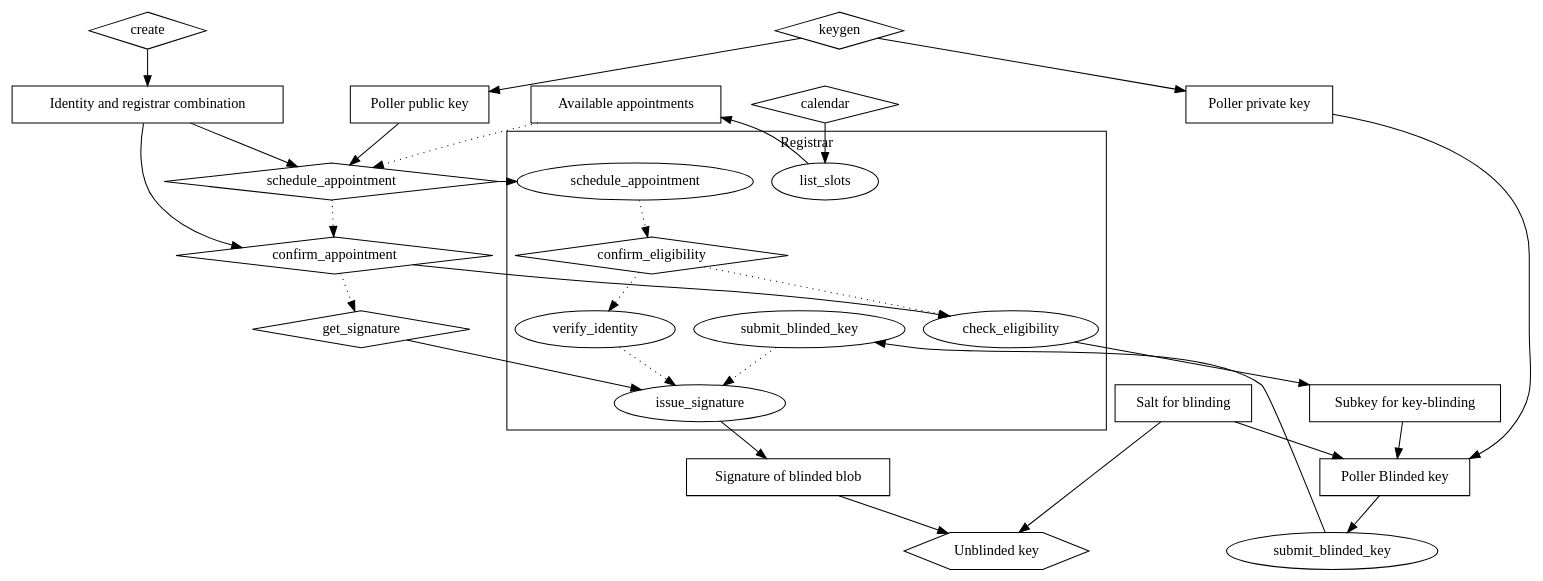
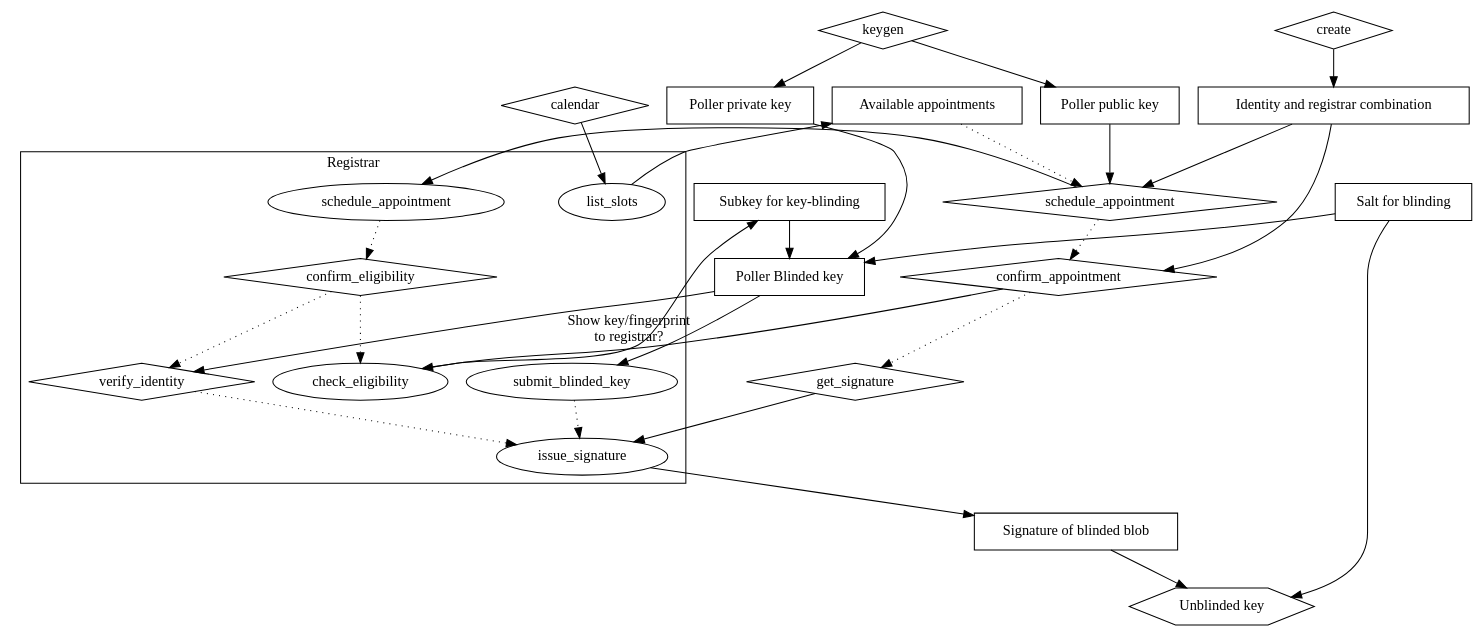
One commit to securepollingsystem/securepolling changed the diagram in doc/securepolling.dot. Above: the diagram before and after it, drawn with Graphviz.

```diff
--- a/doc/securepolling.dot
+++ b/doc/securepolling.dot
@@ -1,62 +1,62 @@
 // Registrar process
 digraph {
   subgraph cluster_Registrar {
     label="Registrar"
     r_list_slots [label="list_slots"]
     r_schedule_appointment [label="schedule_appointment"]
-    r_verify_identity [label="verify_identity"]
+    r_verify_identity [label="verify_identity" shape="diamond"]
     r_check_eligibility [label="check_eligibility"]
     r_issue_signature [label="issue_signature"]
     r_submit_blinded_key [label="submit_blinded_key"]
     r_confirm_eligibility -> r_check_eligibility [style="dotted"]
     r_confirm_eligibility [label="confirm_eligibility" shape="diamond"]
     r_schedule_appointment -> r_confirm_eligibility -> r_verify_identity -> r_issue_signature [style="dotted"]
     r_submit_blinded_key -> r_issue_signature [style="dotted"]
   }
 
   // Step 1
   create [shape="diamond"]
   Identity [label="Identity and registrar combination" shape="box"]
 
   create -> Identity
 
   keygen [shape="diamond"]
   Public [label="Poller public key" shape="box"]
   Private [label="Poller private key" shape="box"]
 
   keygen -> Public
   keygen -> Private
 
   calendar [shape="diamond"]
   Appointments [label="Available appointments" shape="box"]
   calendar -> r_list_slots -> Appointments
   Appointments -> schedule_appointment [style="dotted"]
 
   Subkey [label="Subkey for key-blinding" shape="box"]
   Salt [label="Salt for blinding" shape="box"]
 
   Blinded [label="Poller Blinded key" shape="box"]
   Private -> Blinded
   Subkey -> Blinded
   Salt -> Blinded
+  Blinded -> r_verify_identity [label="Show key/fingerprint\nto registrar?"]
 
   schedule_appointment, get_signature [shape="diamond"]
   Identity -> schedule_appointment
   Public  -> schedule_appointment -> r_schedule_appointment
   schedule_appointment -> confirm_appointment -> get_signature [style="dotted"]
   get_signature -> r_issue_signature
   Identity -> confirm_appointment
   confirm_appointment [shape="diamond"]
 
-  Blinded -> submit_blinded_key
-  submit_blinded_key -> r_submit_blinded_key
+  Blinded -> r_submit_blinded_key
 
   confirm_appointment -> r_check_eligibility -> Subkey
   r_issue_signature -> SignedBlinded
   SignedBlinded [label="Signature of blinded blob" shape="box"]
 
   Salt -> Unblinded
   SignedBlinded -> Unblinded
 
   Unblinded [shape="hexagon" label="Unblinded key"]
 }
```
